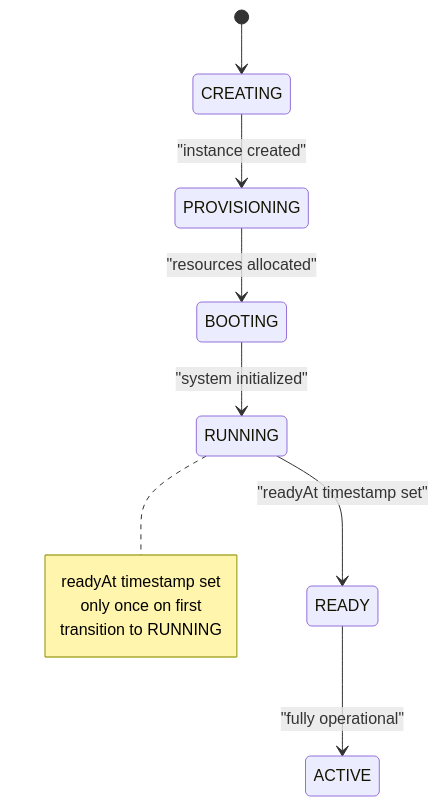
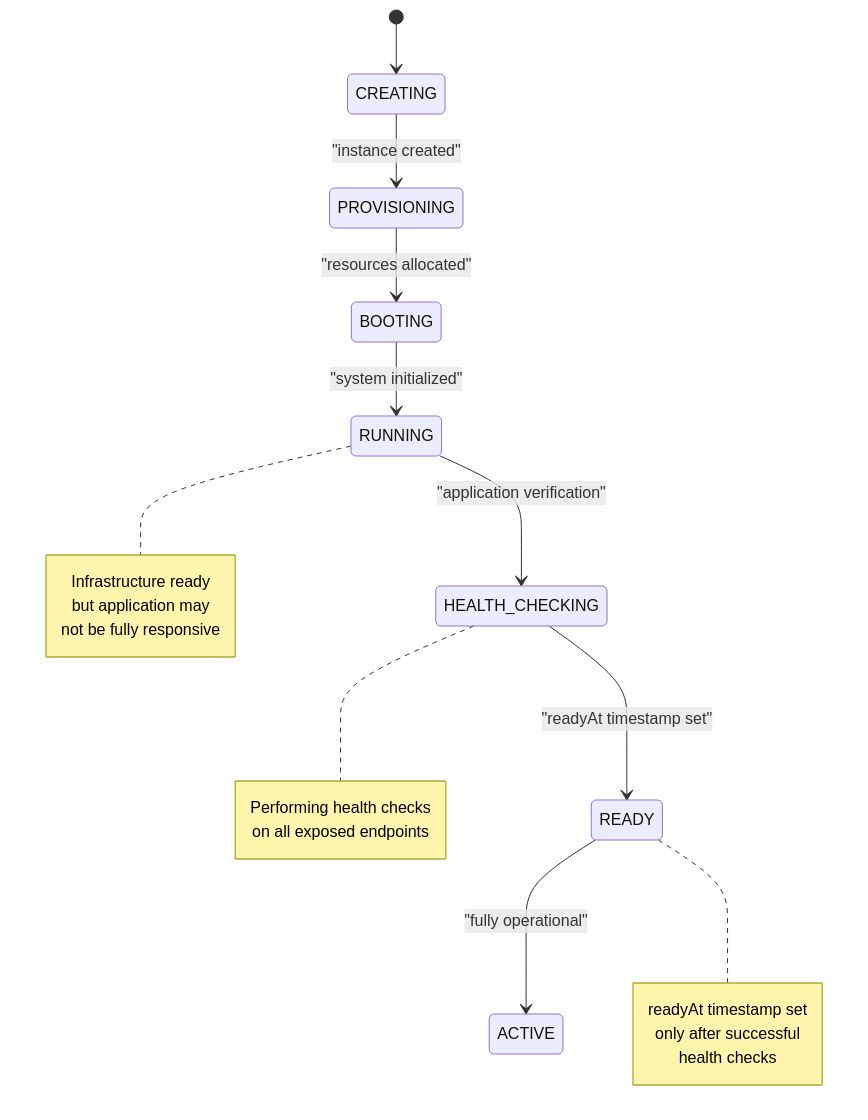
Before and after one commit to sontl/novita-ai-api: the seventh of 8 diagrams in .qoder/repowiki/en/content/Instance Management System/Monitoring & Status Polling.md, drawn with Mermaid. The commit also changed other lines of this file and 76 other files, not shown here.

````diff
--- a/.qoder/repowiki/en/content/Instance Management System/Monitoring & Status Polling.md
+++ b/.qoder/repowiki/en/content/Instance Management System/Monitoring & Status Polling.md
@@ -153,14 +273,24 @@
 ```mermaid
 stateDiagram-v2
 [*] --> CREATING
 CREATING --> PROVISIONING : "instance created"
 PROVISIONING --> BOOTING : "resources allocated"
 BOOTING --> RUNNING : "system initialized"
-RUNNING --> READY : "readyAt timestamp set"
+RUNNING --> HEALTH_CHECKING : "application verification"
+HEALTH_CHECKING --> READY : "readyAt timestamp set"
 READY --> ACTIVE : "fully operational"
 note right of RUNNING
+Infrastructure ready
+but application may
+not be fully responsive
+end note
+note right of HEALTH_CHECKING
+Performing health checks
+on all exposed endpoints
+end note
+note right of READY
 readyAt timestamp set
-only once on first
-transition to RUNNING
+only after successful
+health checks
 end note
 ```
````
